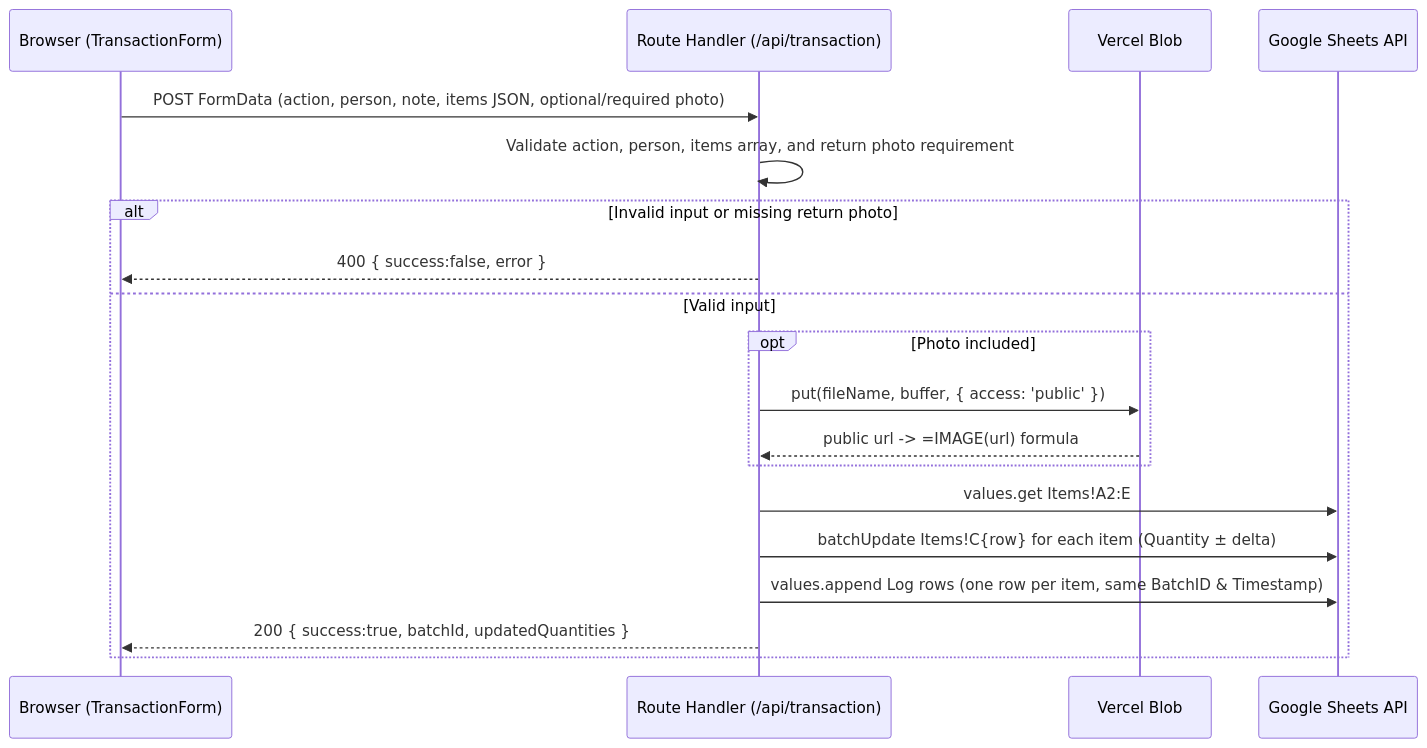
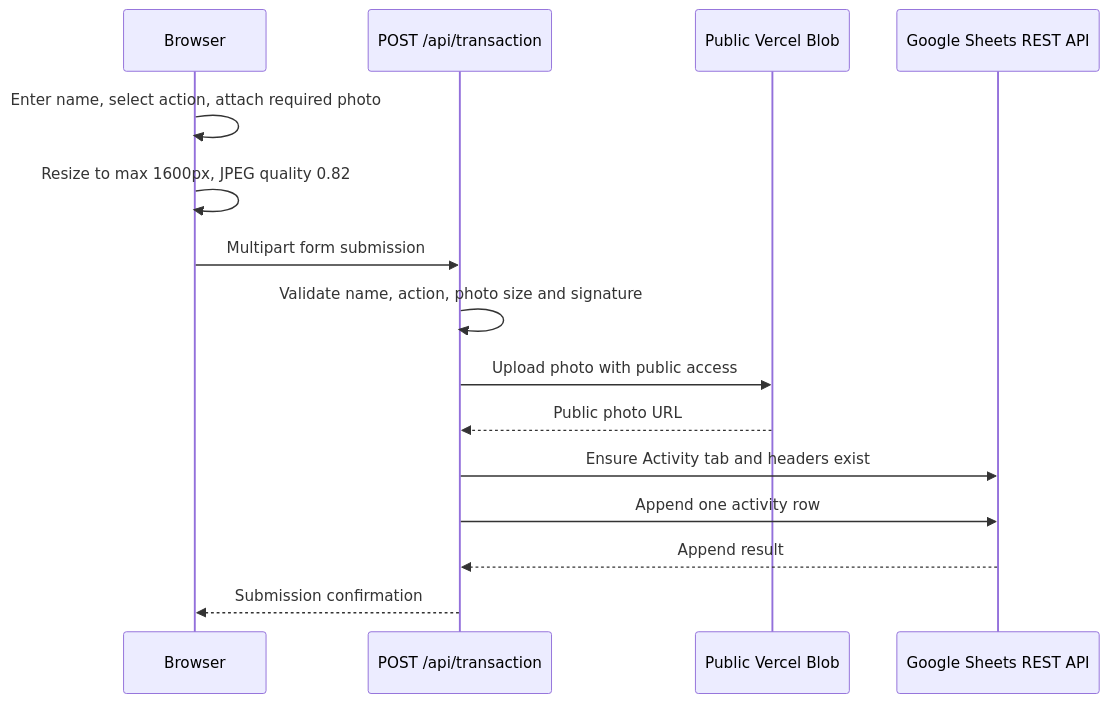
One commit to RamyCodes/EmmaStorage changed the diagram in docs/architecture.md. Above: the diagram before and after it, drawn with Mermaid. The commit also changed other lines of this file and 30 other files, not shown here.

Commit message:
Simplify Emmanuel Egypt storage to photo activity logging

````diff
--- a/docs/architecture.md
+++ b/docs/architecture.md
@@ -58,22 +26,18 @@
 ```mermaid
 sequenceDiagram
-    participant U as Browser (TransactionForm)
-    participant N as Route Handler (/api/transaction)
-    participant B as Vercel Blob
-    participant S as Google Sheets API
+        participant U as Browser
+        participant N as POST /api/transaction
+        participant B as Public Vercel Blob
+        participant S as Google Sheets REST API
 
-    U->>N: POST FormData (action, person, note, items JSON, optional/required photo)
-    N->>N: Validate action, person, items array, and return photo requirement
-    alt Invalid input or missing return photo
-        N-->>U: 400 { success:false, error }
-    else Valid input
-        opt Photo included
-            N->>B: put(fileName, buffer, { access: 'public' })
-            B-->>N: public url -> =IMAGE(url) formula
-        end
-        N->>S: values.get Items!A2:E
-        N->>S: batchUpdate Items!C{row} for each item (Quantity ± delta)
-        N->>S: values.append Log rows (one row per item, same BatchID & Timestamp)
-        N-->>U: 200 { success:true, batchId, updatedQuantities }
-    end
+        U->>U: Enter name, select action, attach required photo
+        U->>U: Resize to max 1600px, JPEG quality 0.82
+        U->>N: Multipart form submission
+        N->>N: Validate name, action, photo size and signature
+        N->>B: Upload photo with public access
+        B-->>N: Public photo URL
+        N->>S: Ensure Activity tab and headers exist
+        N->>S: Append one activity row
+        S-->>N: Append result
+        N-->>U: Submission confirmation
 ```
````
